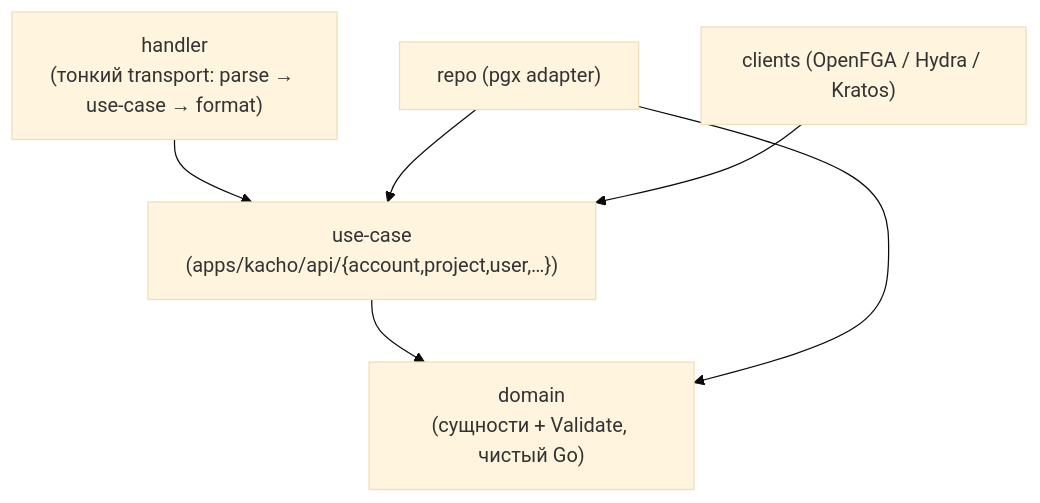
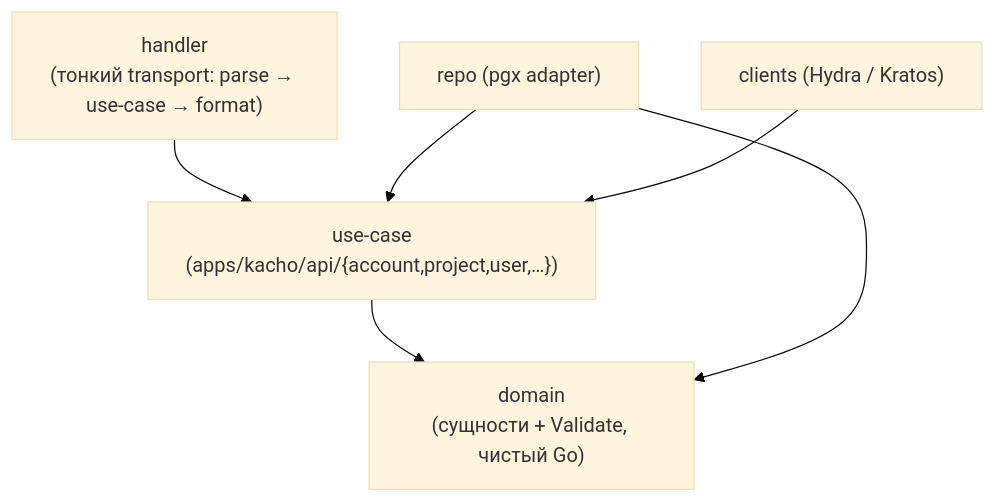
Before and after one commit to PRO-Robotech/kacho: the first of 2 diagrams in services/iam/docs/content/architecture/overview.mdx, drawn with Mermaid (base theme). The commit also changed other lines of this file and 589 other files, not shown here.

````diff
--- a/services/iam/docs/content/architecture/overview.mdx
+++ b/services/iam/docs/content/architecture/overview.mdx
@@ -20,8 +20,8 @@
 ```mermaid
 flowchart TD
   handler["handler<br/>(тонкий transport: parse → use-case → format)"] --> uc["use-case<br/>(apps/kacho/api/{account,project,user,…})"]
   repo["repo (pgx adapter)"] --> uc
-  clients["clients (OpenFGA / Hydra / Kratos)"] --> uc
+  clients["clients (Hydra / Kratos)"] --> uc
   uc --> domain["domain<br/>(сущности + Validate, чистый Go)"]
   repo --> domain
 ```
````
